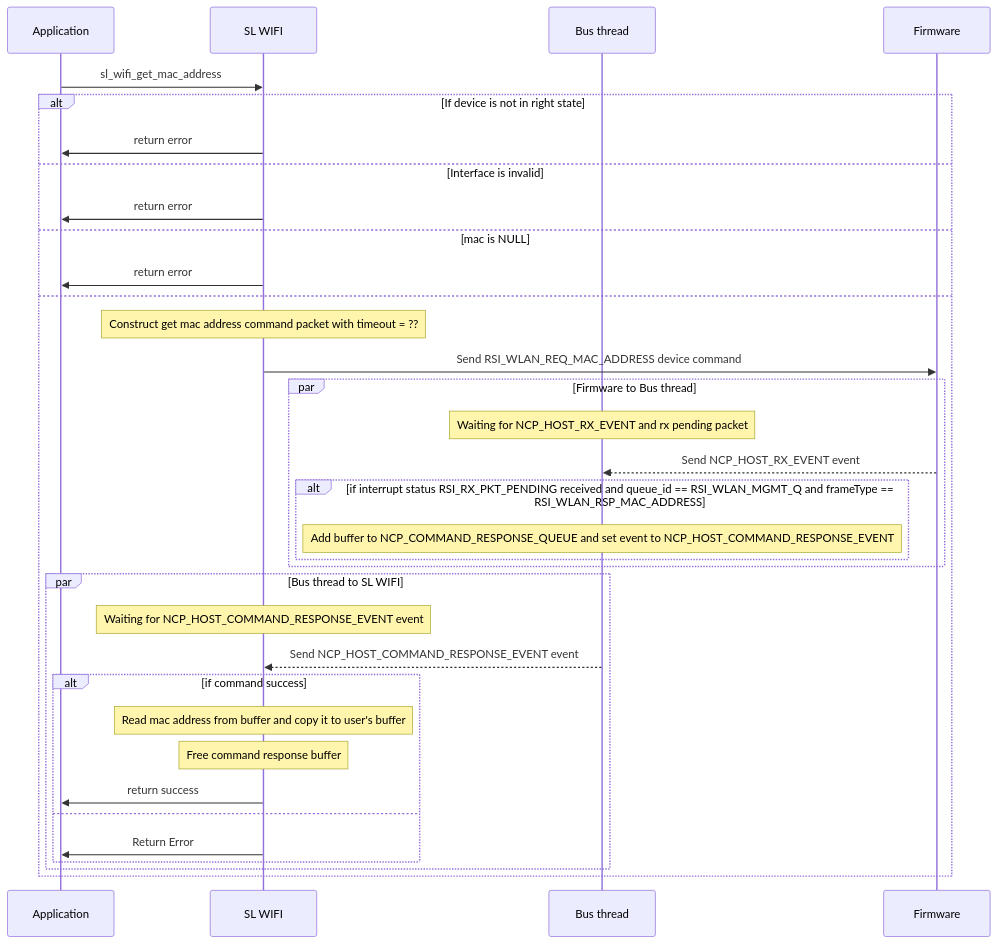
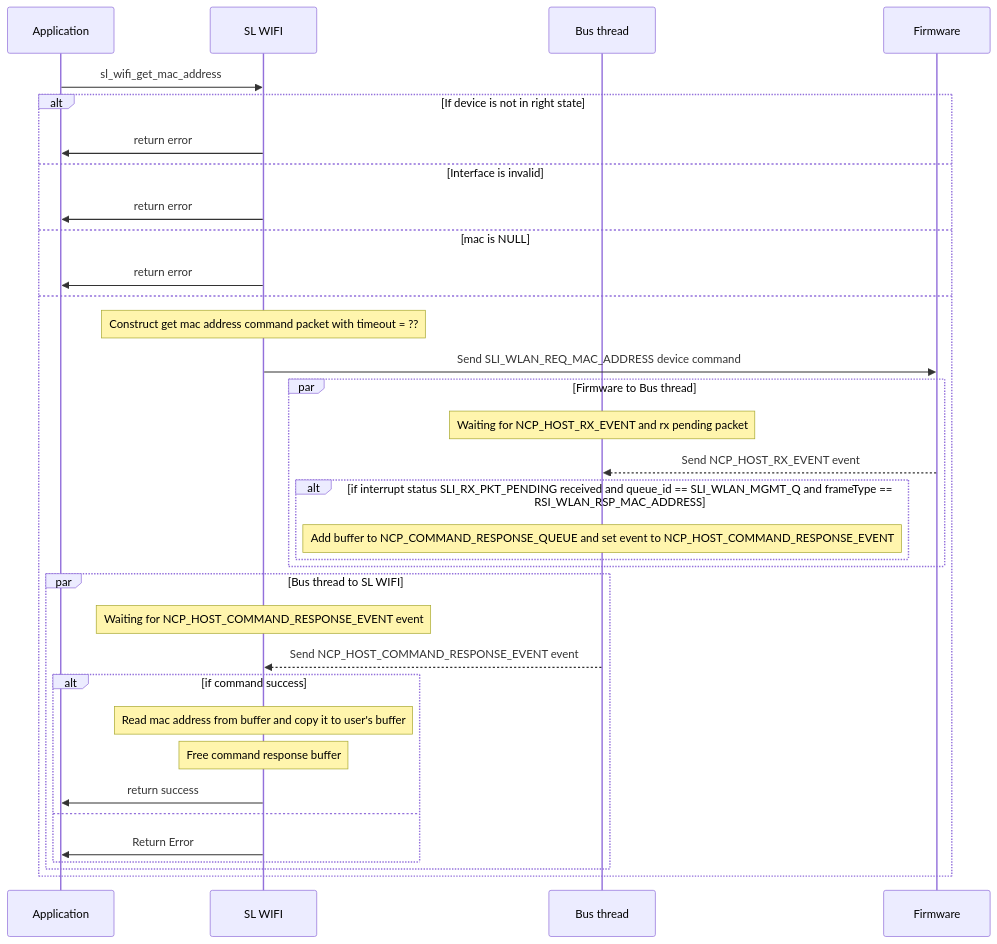
One commit to SiliconLabs/wiseconnect changed the sixth of 11 diagrams in components/protocol/wifi/readme.md. Above: the diagram before and after it, drawn with Mermaid. The commit also changed other lines of this file and 4347 other files, not shown here.

````diff
--- a/components/protocol/wifi/readme.md
+++ b/components/protocol/wifi/readme.md
@@ -435,41 +435,41 @@
 ```mermaid
  sequenceDiagram 
      # sl_status_t sl_wifi_get_mac_address(sl_wifi_interface_t interface, sl_mac_address_t *mac)
   participant app as Application
   participant wifi as SL WIFI
   participant bus as Bus thread  
   participant fw as Firmware
 
   app ->> wifi: sl_wifi_get_mac_address
 
   alt  If device is not in right state
    wifi ->> app: return error
   else Interface is invalid
    wifi ->> app: return error
   else mac is NULL
    wifi ->> app: return error
   else
    Note over wifi: Construct get mac address command packet with timeout = ?? 
-   wifi ->> fw:Send RSI_WLAN_REQ_MAC_ADDRESS device command
+   wifi ->> fw:Send SLI_WLAN_REQ_MAC_ADDRESS device command
 
             par Firmware to Bus thread
                 Note over bus: Waiting for NCP_HOST_RX_EVENT and rx pending packet
                 fw -->> bus: Send NCP_HOST_RX_EVENT event
-                alt if interrupt status RSI_RX_PKT_PENDING received and queue_id == RSI_WLAN_MGMT_Q and frameType == RSI_WLAN_RSP_MAC_ADDRESS
+                alt if interrupt status SLI_RX_PKT_PENDING received and queue_id == SLI_WLAN_MGMT_Q and frameType == RSI_WLAN_RSP_MAC_ADDRESS
                     Note over bus: Add buffer to NCP_COMMAND_RESPONSE_QUEUE and set event to NCP_HOST_COMMAND_RESPONSE_EVENT
                 end
             end
 
    par Bus thread to SL WIFI
     Note over wifi: Waiting for NCP_HOST_COMMAND_RESPONSE_EVENT event
     bus -->> wifi: Send NCP_HOST_COMMAND_RESPONSE_EVENT event
     alt if command success
      Note over wifi: Read mac address from buffer and copy it to user's buffer
      Note over wifi: Free command response buffer
      wifi ->> app: return success
     else 
      wifi ->> app: Return Error
     end
    end
   end
 ```
````
